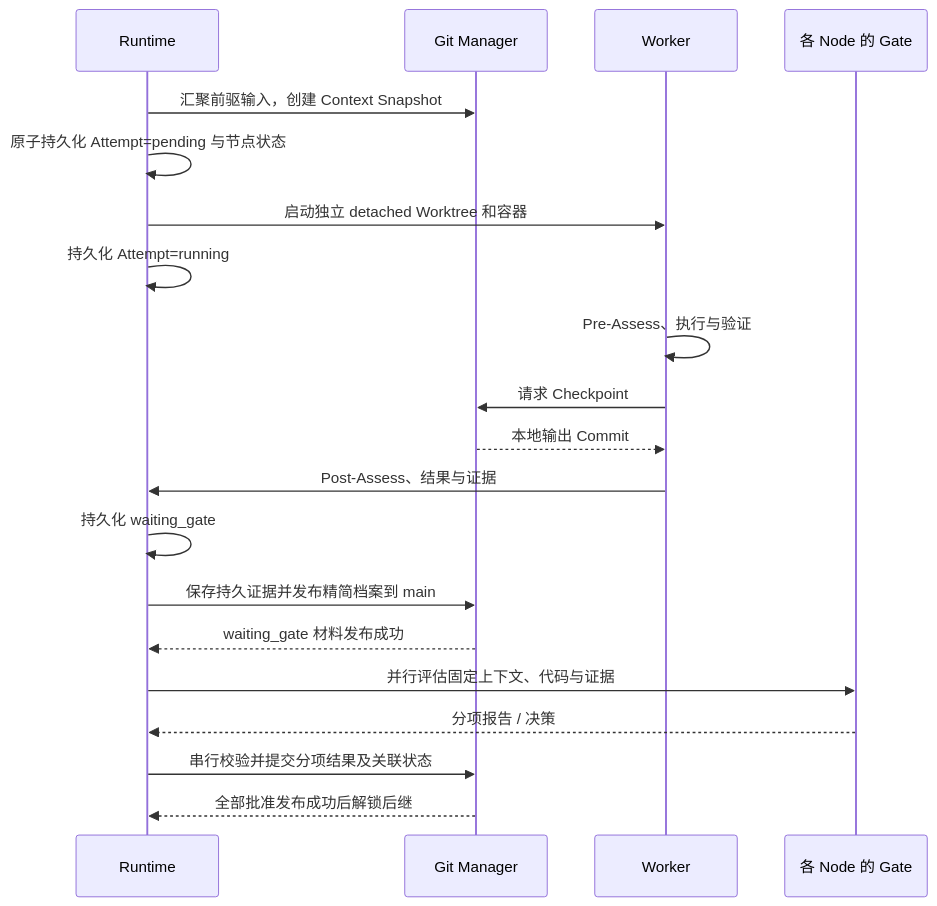
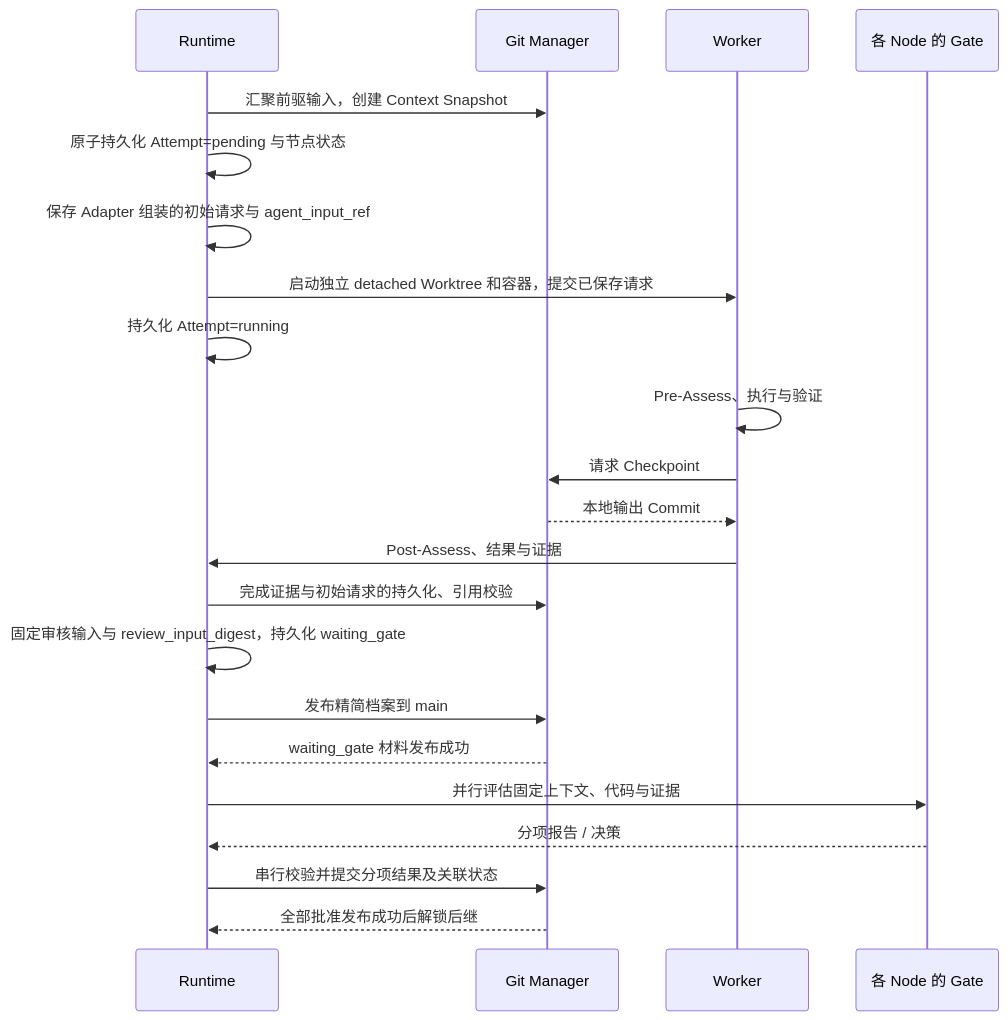
Before and after one commit to LingMessy/facetloom: the diagram in design/04-execution.md, drawn with Mermaid. The commit also changed other lines of this file and 10 other files, not shown here.

````diff
--- a/design/04-execution.md
+++ b/design/04-execution.md
@@ -7,22 +7,24 @@
 ```mermaid
 sequenceDiagram
     participant RT as Runtime
     participant GM as Git Manager
     participant W as Worker
     participant G as 各 Node 的 Gate
     RT->>GM: 汇聚前驱输入，创建 Context Snapshot
     RT->>RT: 原子持久化 Attempt=pending 与节点状态
-    RT->>W: 启动独立 detached Worktree 和容器
+    RT->>RT: 保存 Adapter 组装的初始请求与 agent_input_ref
+    RT->>W: 启动独立 detached Worktree 和容器，提交已保存请求
     RT->>RT: 持久化 Attempt=running
     W->>W: Pre-Assess、执行与验证
     W->>GM: 请求 Checkpoint
     GM-->>W: 本地输出 Commit
     W->>RT: Post-Assess、结果与证据
-    RT->>RT: 持久化 waiting_gate
-    RT->>GM: 保存持久证据并发布精简档案到 main
+    RT->>GM: 完成证据与初始请求的持久化、引用校验
+    RT->>RT: 固定审核输入与 review_input_digest，持久化 waiting_gate
+    RT->>GM: 发布精简档案到 main
     GM-->>RT: waiting_gate 材料发布成功
     RT->>G: 并行评估固定上下文、代码与证据
     G-->>RT: 分项报告 / 决策
     RT->>GM: 串行校验并提交分项结果及关联状态
     GM-->>RT: 全部批准发布成功后解锁后继
 ```
````
